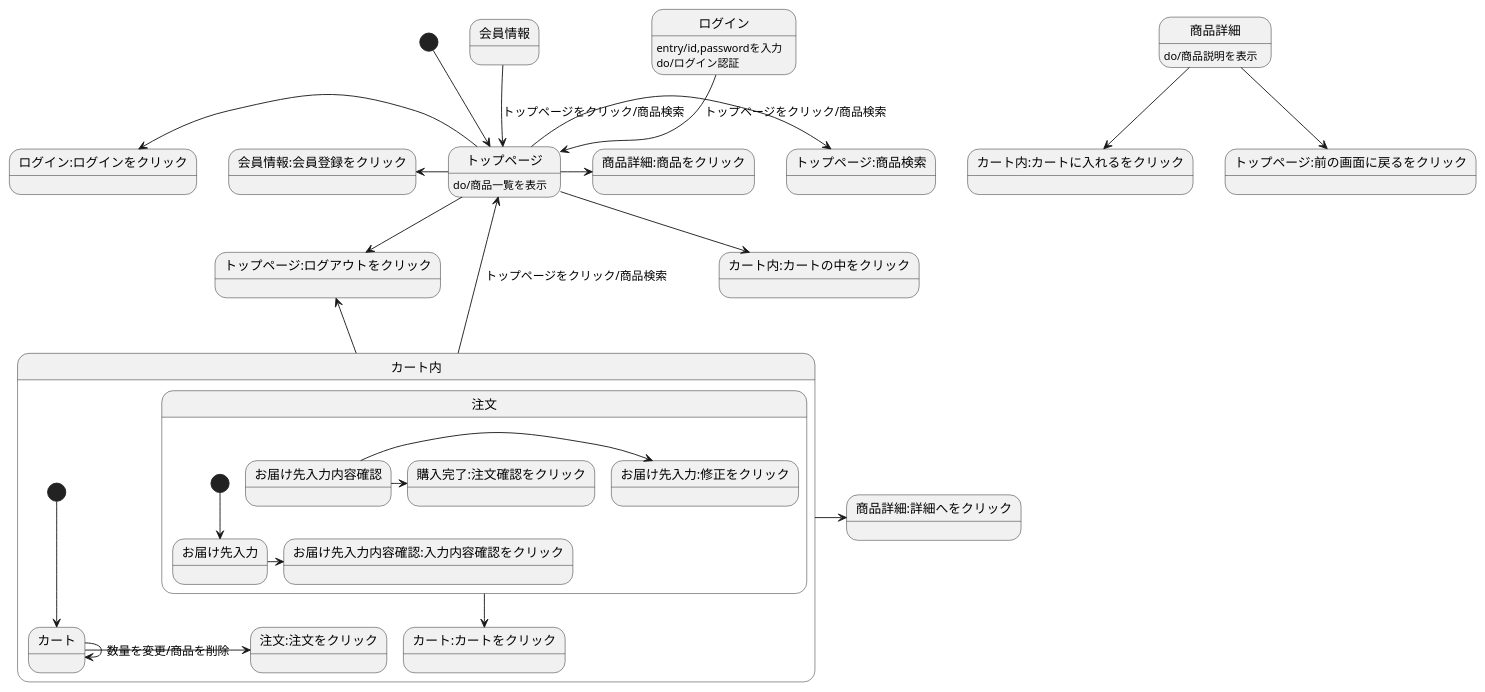
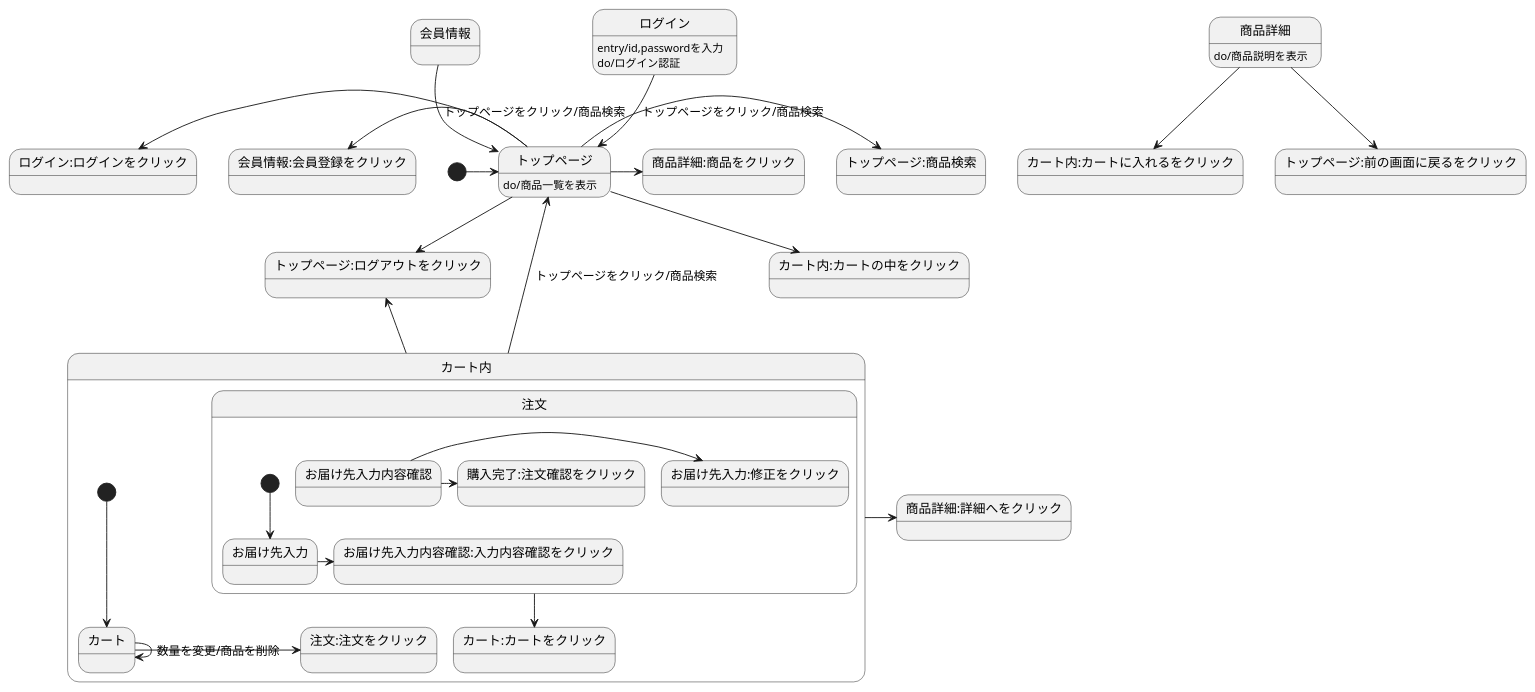
One commit to Aso2001371/2021sys-design changed the diagram in 画面遷移図.md. Above: the diagram before and after it, drawn with PlantUML.

````diff
--- a/画面遷移図.md
+++ b/画面遷移図.md
@@ -1,35 +1,35 @@
 ```uml
 @startuml
-[*] --> トップページ
+[*] -> トップページ
 会員情報 --> トップページ : トップページをクリック/商品検索
 ログイン --> トップページ : トップページをクリック/商品検索
 ログイン:entry/id,passwordを入力
 ログイン:do/ログイン認証
 トップページ-->トップページ:ログアウトをクリック
 トップページ->トップページ:商品検索
 トップページ->商品詳細:商品をクリック
 トップページ -left->会員情報:会員登録をクリック
 トップページ -left->ログイン:ログインをクリック
 トップページ-->カート内:カートの中をクリック
 トップページ:do/商品一覧を表示
 商品詳細-->カート内:カートに入れるをクリック
 商品詳細-->トップページ:前の画面に戻るをクリック
 商品詳細:do/商品説明を表示
 カート内 -up->トップページ:トップページをクリック/商品検索
 カート内 -up->トップページ:ログアウトをクリック
 カート内->商品詳細:詳細へをクリック
 
 state カート内{
 [*]-->カート
 カート->注文:注文をクリック
 カート->カート:数量を変更/商品を削除
 注文-->カート:カートをクリック
 state 注文{
 [*]-->お届け先入力
 お届け先入力->お届け先入力内容確認:入力内容確認をクリック
 お届け先入力内容確認->お届け先入力:修正をクリック
 お届け先入力内容確認->購入完了:注文確認をクリック
 }
 }
 @enduml
 ```
````
